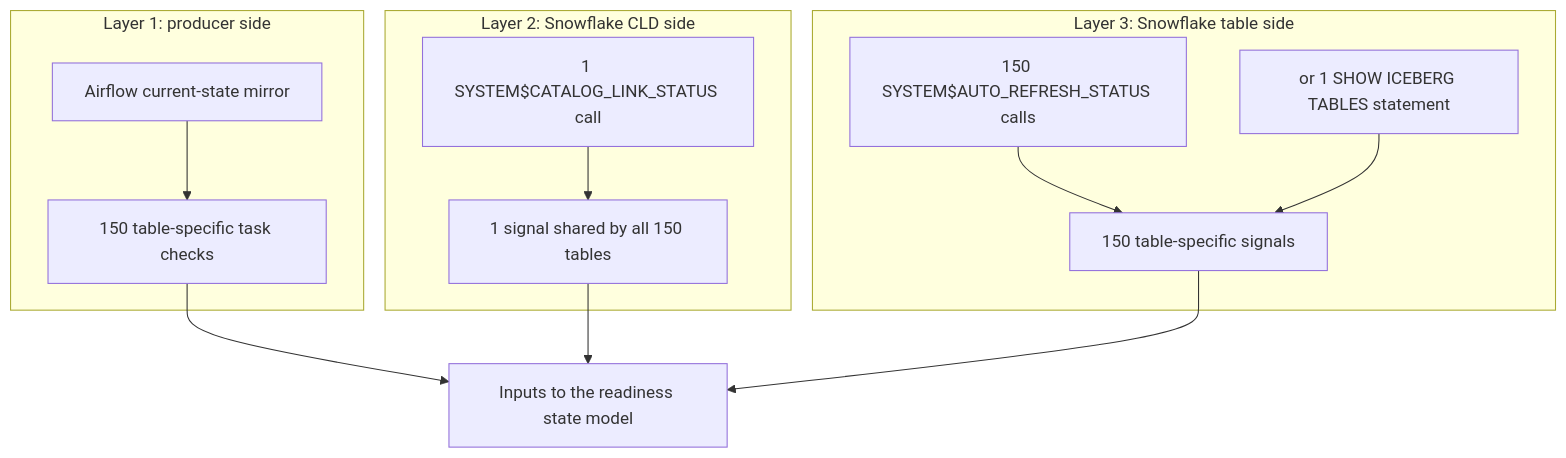
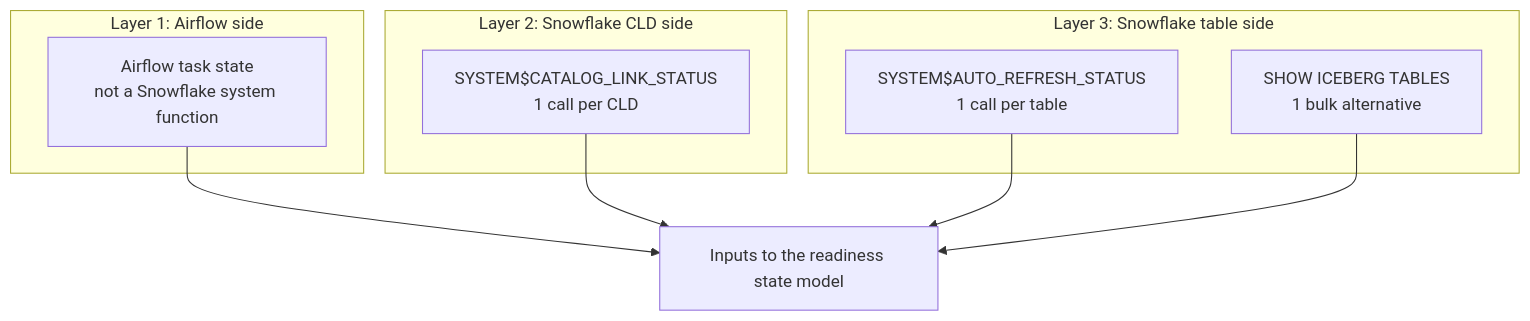
The diagram in observability/dbt_source_readiness/README.md (dymytryo/airflow), drawn with Mermaid before and after one commit. The commit also changed other lines of this file, not shown here.

Commit message:
Focus guide on native Snowflake controls

````diff
--- a/observability/dbt_source_readiness/README.md
+++ b/observability/dbt_source_readiness/README.md
@@ -9,23 +9,20 @@
 ```mermaid
 flowchart TB
-    subgraph producer["Layer 1: producer side"]
-        airflow["Airflow current-state mirror"]
-        airflow --> job["150 table-specific task checks"]
+    subgraph producer["Layer 1: Airflow side"]
+        airflow["Airflow task state<br/>not a Snowflake system function"]
     end
 
     subgraph cld["Layer 2: Snowflake CLD side"]
-        link["1 SYSTEM$CATALOG_LINK_STATUS call"]
-        link --> shared["1 signal shared by all 150 tables"]
+        link["SYSTEM$CATALOG_LINK_STATUS<br/>1 call per CLD"]
     end
 
     subgraph tables["Layer 3: Snowflake table side"]
-        functions["150 SYSTEM$AUTO_REFRESH_STATUS calls"]
-        batch["or 1 SHOW ICEBERG TABLES statement"]
-        functions --> refresh["150 table-specific signals"]
-        batch --> refresh
+        refresh["SYSTEM$AUTO_REFRESH_STATUS<br/>1 call per table"]
+        batch["SHOW ICEBERG TABLES<br/>1 bulk alternative"]
     end
 
-    job --> state["Inputs to the readiness state model"]
-    shared --> state
+    airflow --> state["Inputs to the readiness state model"]
+    link --> state
     refresh --> state
+    batch --> state
 ```
````
